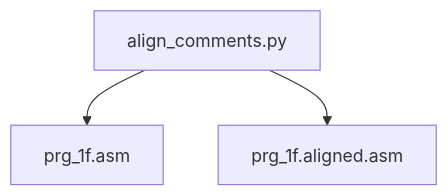
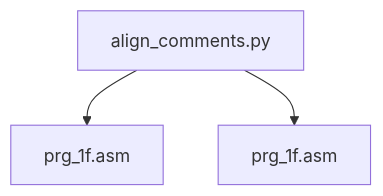
The sixth of 6 diagrams in .qoder/repowiki/en/content/Build System and Tools/Comment Alignment Tool.md (rabbyzero/sango2dasm), drawn with Mermaid before and after one commit. The commit also changed other lines of this file and 31 other files, not shown here.

Commit message:
prg bank $0a $0b WIP. rename prg_1f.aligned.asm to prg_1f.asm.

````diff
--- a/.qoder/repowiki/en/content/Build System and Tools/Comment Alignment Tool.md
+++ b/.qoder/repowiki/en/content/Build System and Tools/Comment Alignment Tool.md
@@ -257,5 +257,5 @@
 ```mermaid
 graph TB
 AC["align_comments.py"] --> PRG1F["prg_1f.asm"]
-AC --> PRG1FAL["prg_1f.aligned.asm"]
+AC --> PRG1FAL["prg_1f.asm"]
 ```
````
